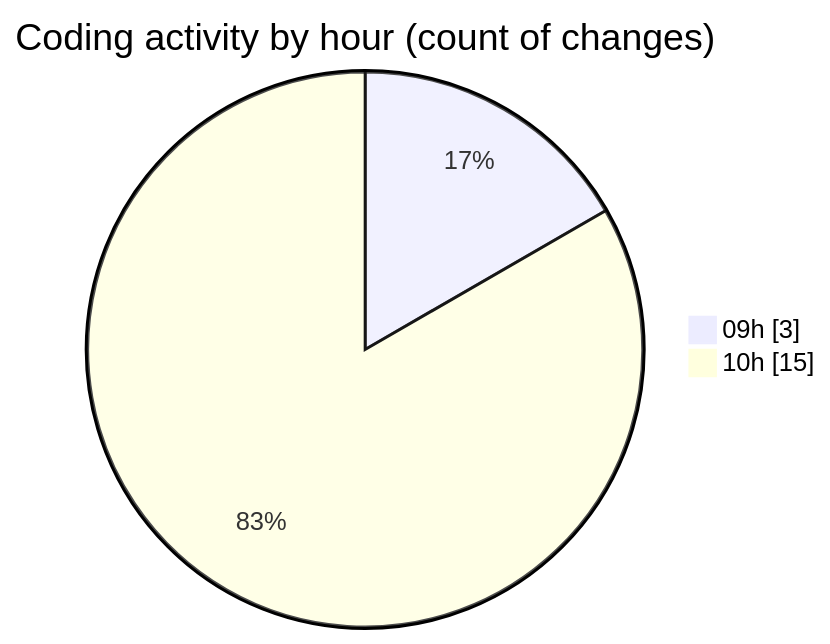
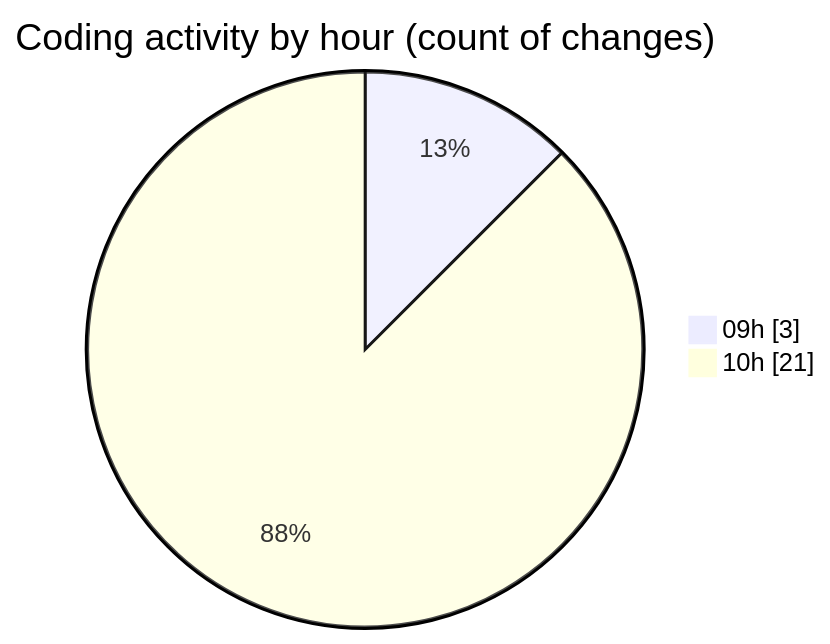
One commit to momahboobian/code-tracking changed the second of 2 diagrams in 2025-10-31/cda/README.md. Above: the diagram before and after it, drawn with Mermaid. The commit also changed other lines of this file and 1 other file, not shown here.

````diff
--- a/2025-10-31/cda/README.md
+++ b/2025-10-31/cda/README.md
@@ -34,6 +36,6 @@
 ```mermaid
 pie showData
 title Coding activity by hour (count of changes)
 "09h" : 3
-"10h" : 15
+"10h" : 21
 ```
````
